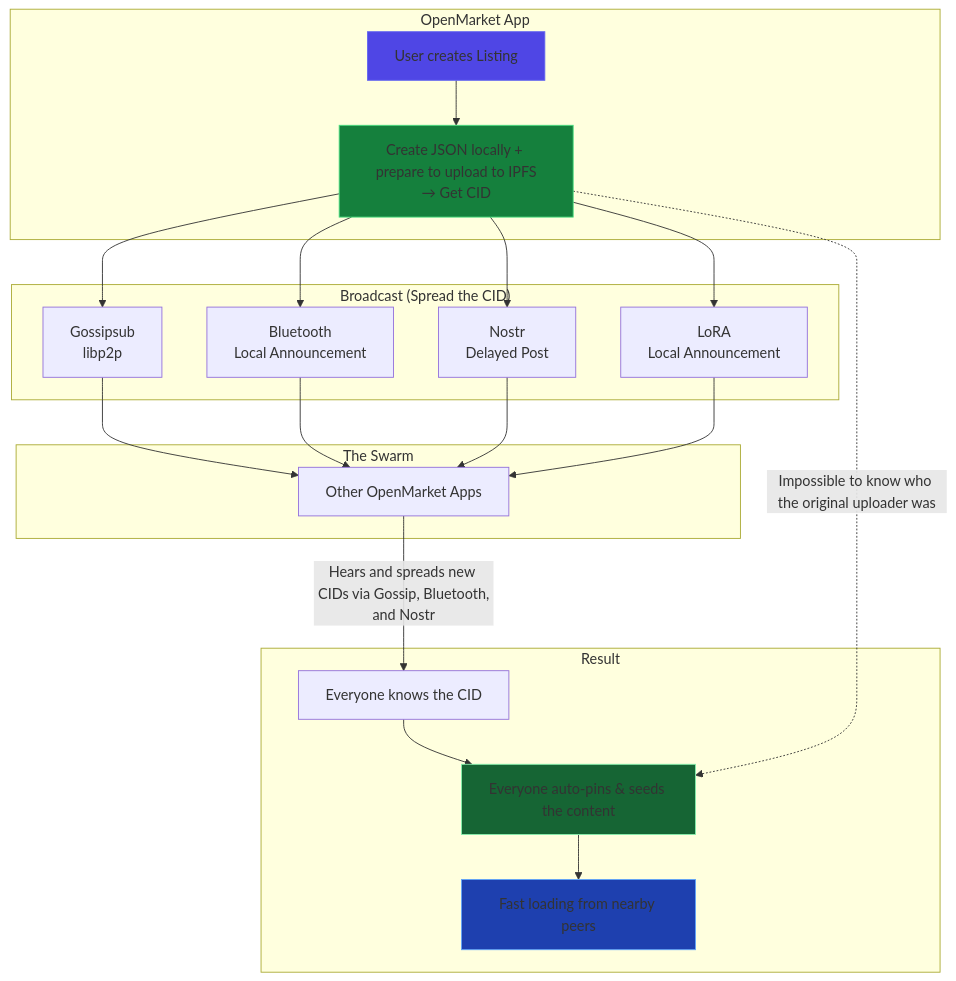
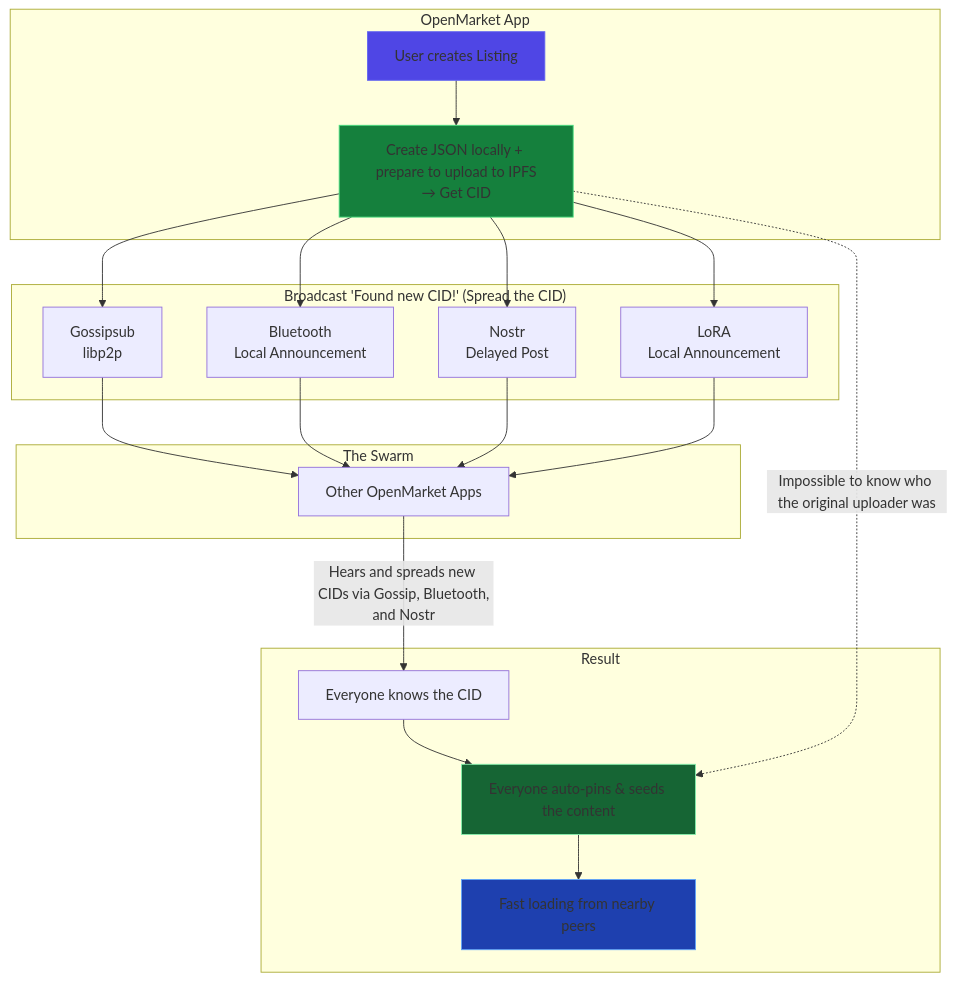
One commit to lukeprofits/OpenMarket changed the diagram in README.md. Above: the diagram before and after it, drawn with Mermaid.

````diff
--- a/README.md
+++ b/README.md
@@ -14,46 +14,46 @@
 ```mermaid
 flowchart TD
     subgraph "OpenMarket App"
         A[User creates Listing] 
         B[Create JSON locally + prepare to upload to IPFS<br/>→ Get CID]
     end
 
-    subgraph "Broadcast (Spread the CID)"
+    subgraph "Broadcast 'Found new CID!' (Spread the CID)"
         C[Gossipsub<br/>libp2p]
         D[Bluetooth<br/>Local Announcement]
         E[Nostr<br/>Delayed Post]
         J[LoRA<br/>Local Announcement]
     end
 
     subgraph "The Swarm"
         F[Other OpenMarket Apps]
     end
 
     subgraph "Result"
         G[Everyone knows the CID]
         H[Everyone auto-pins & seeds the content]
         I[Fast loading from nearby peers]
     end
 
     A --> B
     B --> C
     B --> D
     B --> E
     B --> J
 
     C --> F
     D --> F
     E --> F
     J --> F
 
     F -->|"Hears and spreads new CIDs via Gossip, Bluetooth,<br/>and Nostr"| G
     G --> H
     H --> I
 
     B -.->|"Impossible to know who the original uploader was"| H
 
     style A fill:#4f46e5,stroke:#6366f1
     style B fill:#15803d,stroke:#4ade80
     style H fill:#166534,stroke:#86efac
     style I fill:#1e40af,stroke:#60a5fa
 ```
````
